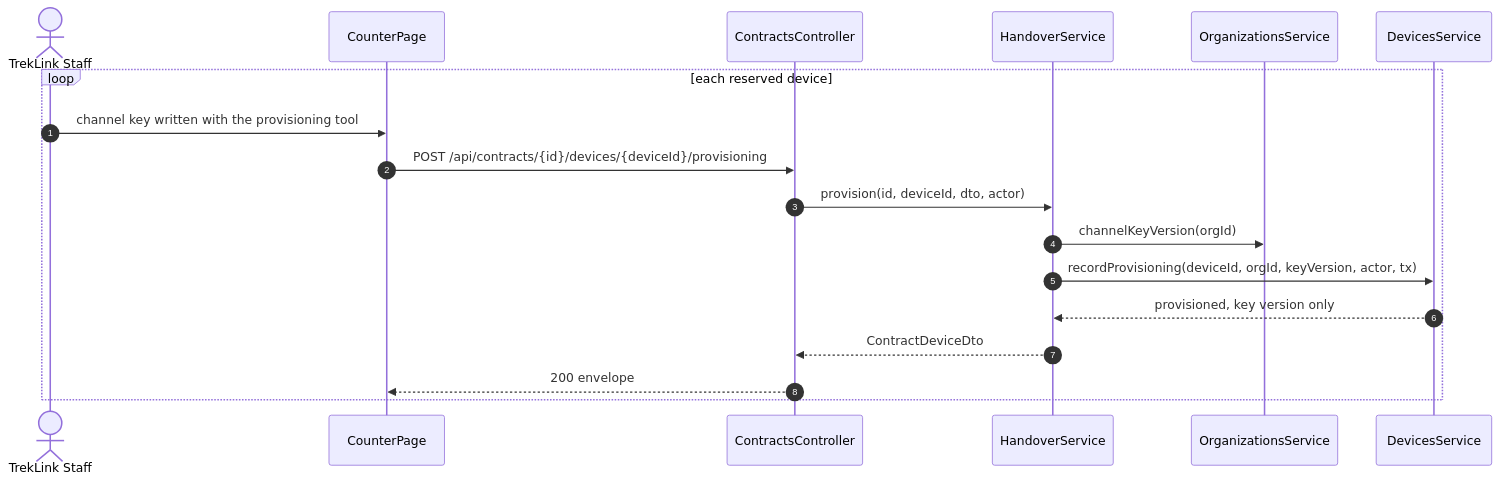
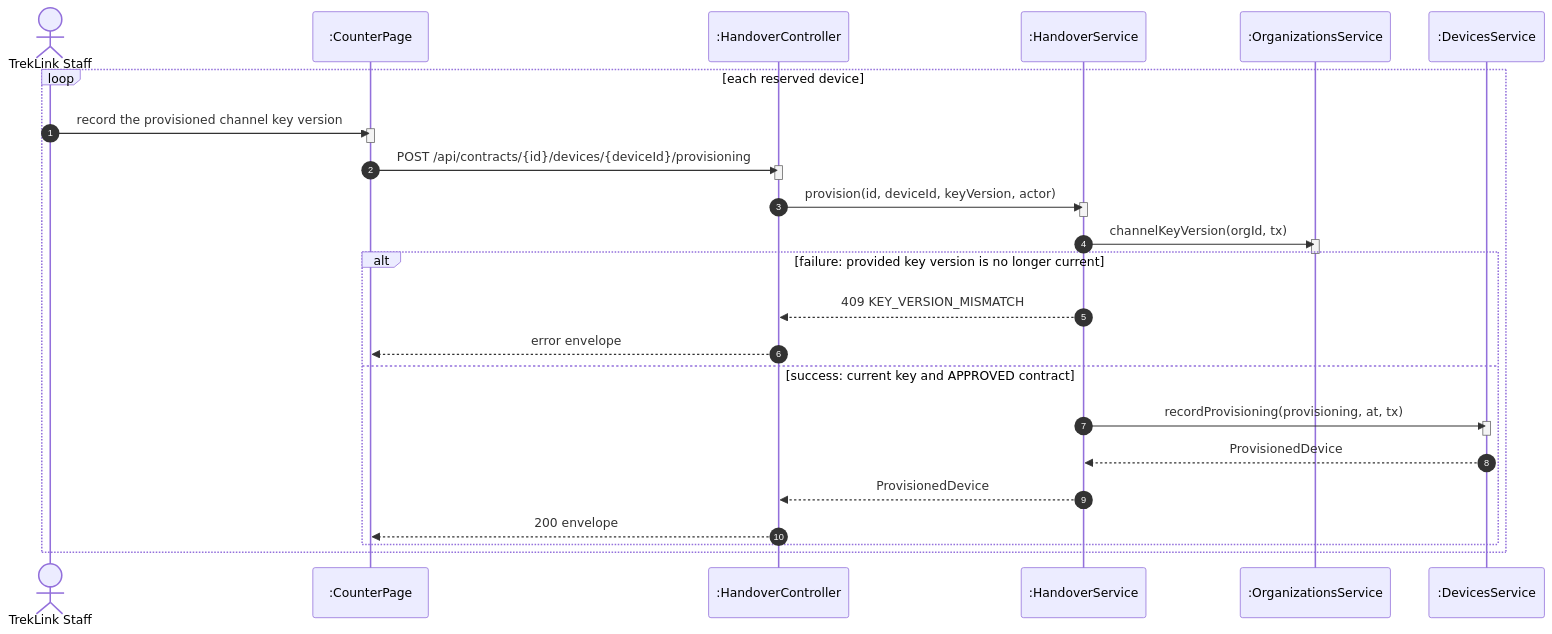
Before and after one commit to TrekLink-Team/treklink-web: diagram 19 of 29 in specs/rentals/design.md, drawn with Mermaid. The commit also changed other lines of this file and 2 other files, not shown here.

First line of the commit message:
docs: one alt per sequence, code-true guards and per-use-case class panels (review of #113)

````diff
--- a/specs/rentals/design.md
+++ b/specs/rentals/design.md
@@ -377,20 +717,35 @@
 ```mermaid
 sequenceDiagram
     autonumber
     actor St as TrekLink Staff
-    participant P as CounterPage
-    participant C as ContractsController
-    participant H as HandoverService
-    participant O as OrganizationsService
-    participant D as DevicesService
+    participant P as :CounterPage
+    participant C as :HandoverController
+    participant H as :HandoverService
+    participant O as :OrganizationsService
+    participant D as :DevicesService
     loop each reserved device
-        St->>P: channel key written with the provisioning tool
+        St->>P: record the provisioned channel key version
+        activate P
+        deactivate P
         P->>C: POST /api/contracts/{id}/devices/{deviceId}/provisioning
-        C->>H: provision(id, deviceId, dto, actor)
-        H->>O: channelKeyVersion(orgId)
-        H->>D: recordProvisioning(deviceId, orgId, keyVersion, actor, tx)
-        D-->>H: provisioned, key version only
-        H-->>C: ContractDeviceDto
-        C-->>P: 200 envelope
+        activate C
+        deactivate C
+        C->>H: provision(id, deviceId, keyVersion, actor)
+        activate H
+        deactivate H
+        H->>O: channelKeyVersion(orgId, tx)
+        activate O
+        deactivate O
+        alt failure: provided key version is no longer current
+            H-->>C: 409 KEY_VERSION_MISMATCH
+            C-->>P: error envelope
+        else success: current key and APPROVED contract
+            H->>D: recordProvisioning(provisioning, at, tx)
+            activate D
+            deactivate D
+            D-->>H: ProvisionedDevice
+            H-->>C: ProvisionedDevice
+            C-->>P: 200 envelope
+        end
     end
 ```
````
